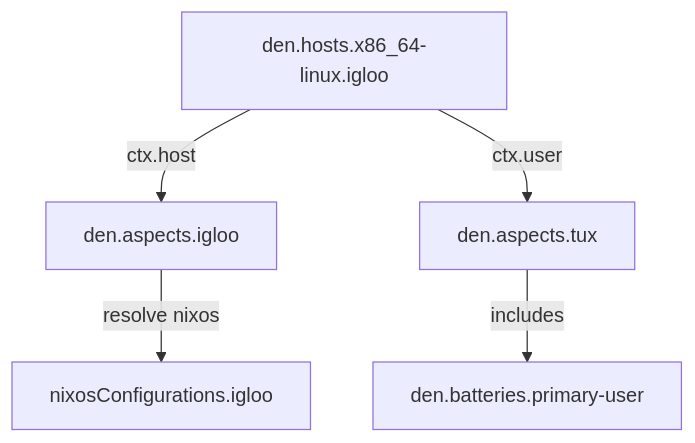
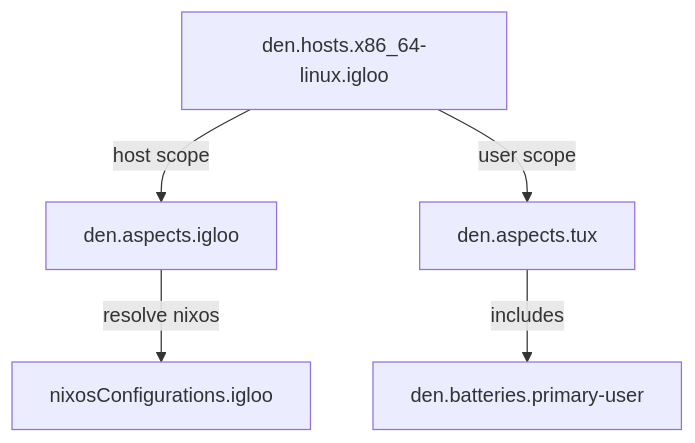
The diagram in docs/src/content/docs/tutorials/minimal.mdx (denful/den), drawn with Mermaid before and after one commit. The commit also changed other lines of this file and 56 other files, not shown here.

````diff
--- a/docs/src/content/docs/tutorials/minimal.mdx
+++ b/docs/src/content/docs/tutorials/minimal.mdx
@@ -85,7 +85,7 @@
 ```mermaid
 graph TD
-  H["den.hosts.x86_64-linux.igloo"] -->|"ctx.host"| A["den.aspects.igloo"]
-  H -->|"ctx.user"| U["den.aspects.tux"]
+  H["den.hosts.x86_64-linux.igloo"] -->|"host scope"| A["den.aspects.igloo"]
+  H -->|"user scope"| U["den.aspects.tux"]
   U -->|"includes"| PU["den.batteries.primary-user"]
   A -->|"resolve nixos"| NixOS["nixosConfigurations.igloo"]
 ```
````
